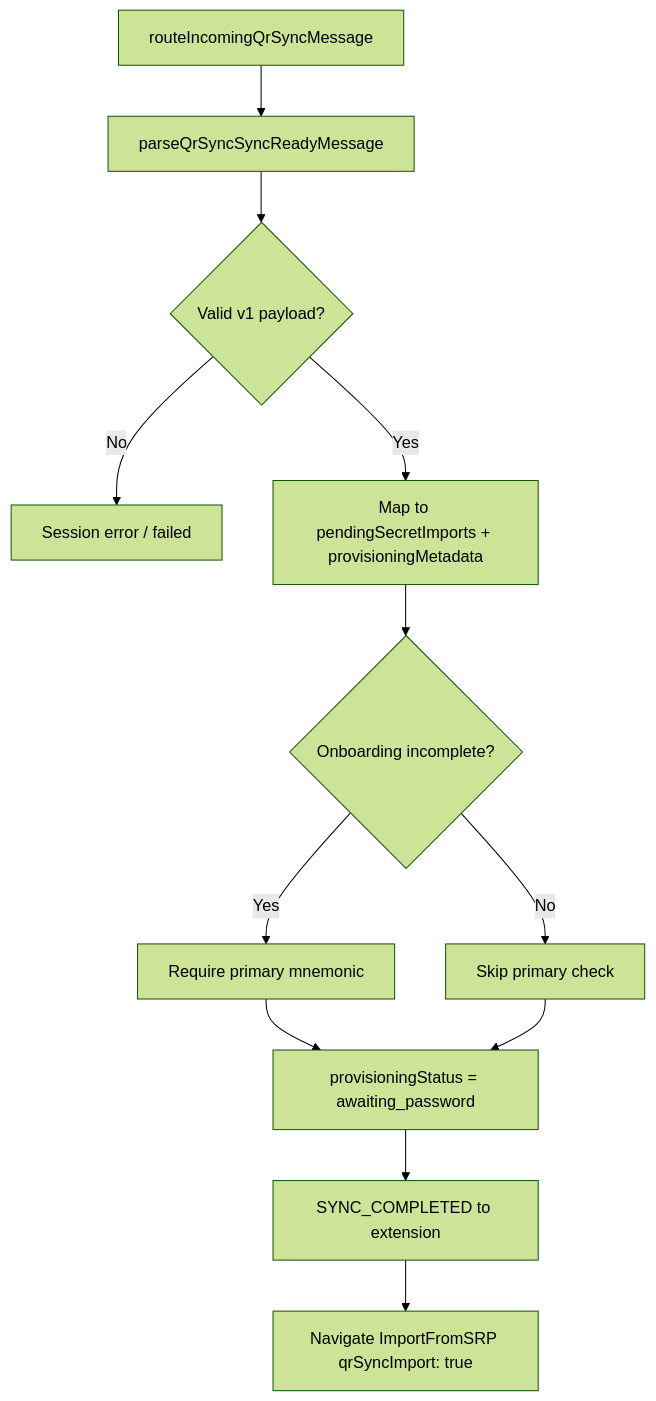
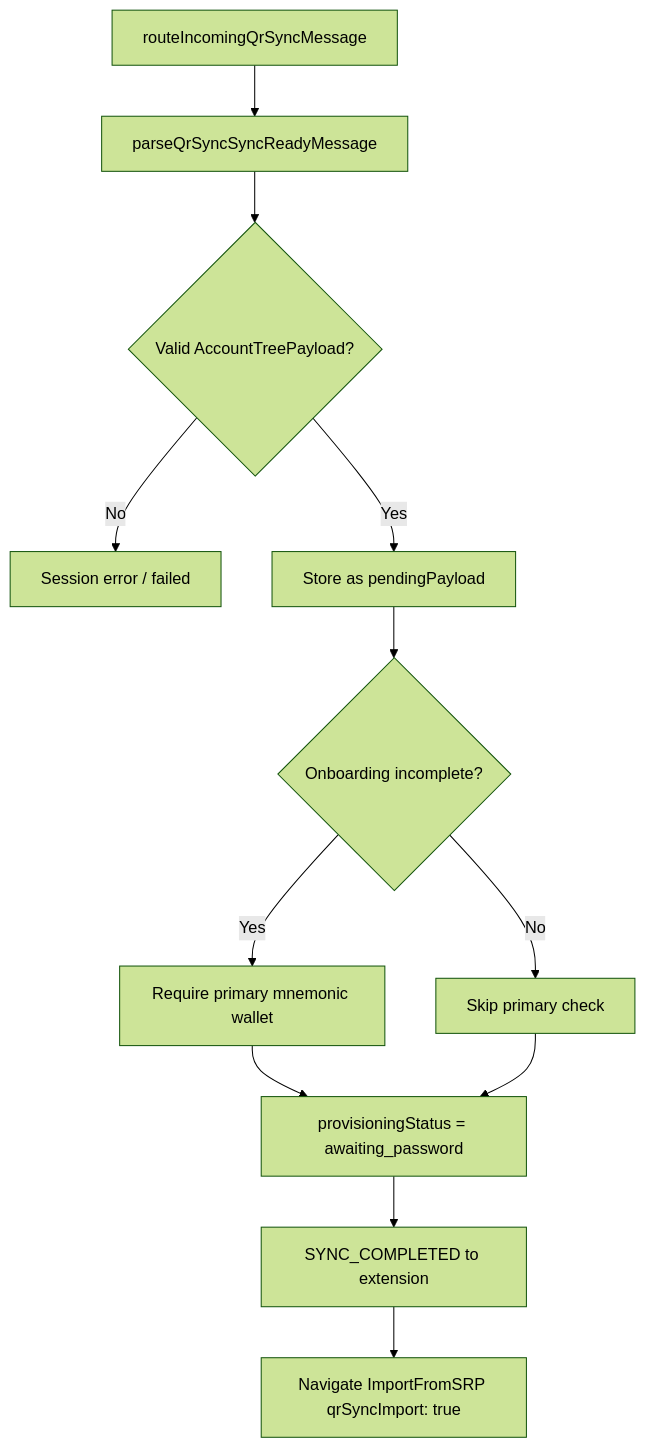
The second of 4 diagrams in docs/qr-sync/provisioning-technical.md (MetaMask/metamask-mobile), drawn with Mermaid (forest theme) before and after one commit. The commit also changed other lines of this file and 1 other file, not shown here.

````diff
--- a/docs/qr-sync/provisioning-technical.md
+++ b/docs/qr-sync/provisioning-technical.md
@@ -176,14 +159,14 @@
 ```mermaid
 flowchart TD
     A[routeIncomingQrSyncMessage] --> B[parseQrSyncSyncReadyMessage]
-    B --> C{Valid v1 payload?}
+    B --> C{Valid AccountTreePayload?}
     C -->|No| F[Session error / failed]
-    C -->|Yes| D[Map to pendingSecretImports + provisioningMetadata]
+    C -->|Yes| D[Store as pendingPayload]
     D --> E{Onboarding incomplete?}
-    E -->|Yes| G[Require primary mnemonic]
+    E -->|Yes| G[Require primary mnemonic wallet]
     E -->|No| H[Skip primary check]
     G --> I[provisioningStatus = awaiting_password]
     H --> I
     I --> J[SYNC_COMPLETED to extension]
     J --> K[Navigate ImportFromSRP qrSyncImport: true]
 ```
````
